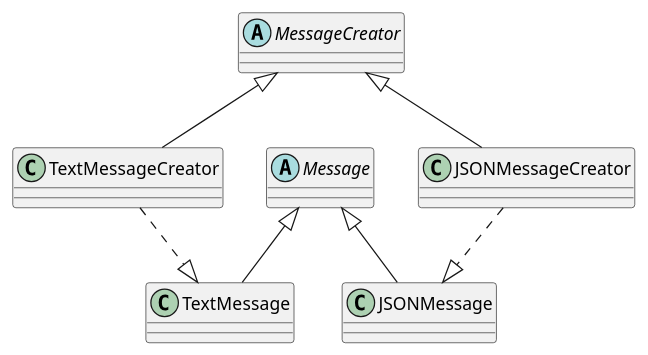
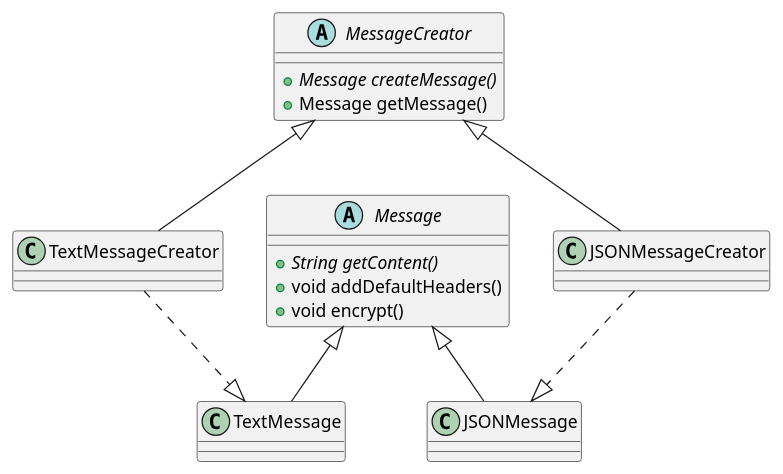
The diagram in patterns/src/main/java/org/gabriel/patterns/factory_method/FactoryMethod.puml (DA0HN/design-patterns), drawn with PlantUML before and after one commit.

Commit message:
feat(FactoryMethod.puml): adiciona métodos nas entidades do UML

```diff
--- a/patterns/src/main/java/org/gabriel/patterns/factory_method/FactoryMethod.puml
+++ b/patterns/src/main/java/org/gabriel/patterns/factory_method/FactoryMethod.puml
@@ -1,19 +1,26 @@
 @startuml
 
-abstract class Message
+abstract class Message {
+    + {abstract} String getContent()
+    + void addDefaultHeaders()
+    + void encrypt()
+}
 class TextMessage
 class JSONMessage
-abstract class MessageCreator
+abstract class MessageCreator {
+    + {abstract} Message createMessage()
+    + Message getMessage()
+}
 class TextMessageCreator
 class JSONMessageCreator
 
 Message  <|-- TextMessage
 Message  <|-- JSONMessage
 
 MessageCreator <|-- TextMessageCreator
 MessageCreator <|-- JSONMessageCreator
 
 JSONMessageCreator ..|> JSONMessage
 TextMessageCreator ..|> TextMessage
 
 @enduml
```
